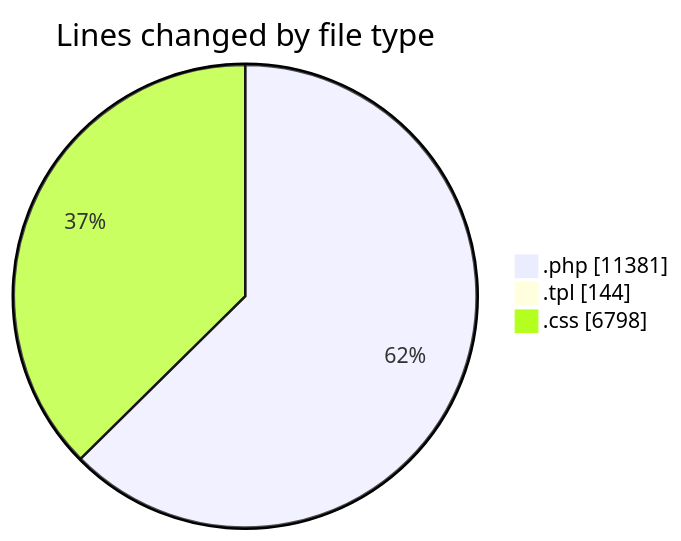
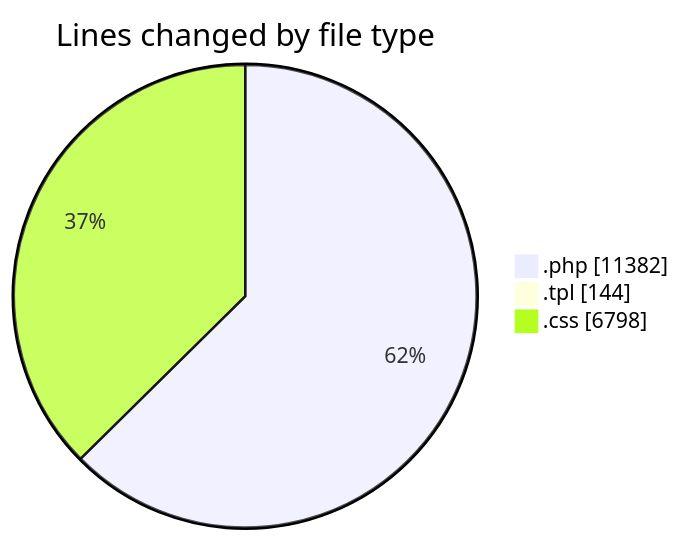
One commit to vahidmafi/code-tracking changed the first of 2 diagrams in 2025-10-04/shop/README.md. Above: the diagram before and after it, drawn with Mermaid. The commit also changed other lines of this file and 1 other file, not shown here.

````diff
--- a/2025-10-04/shop/README.md
+++ b/2025-10-04/shop/README.md
@@ -41,7 +41,7 @@
 ```mermaid
 pie showData
 title Lines changed by file type
-".php" : 11381
+".php" : 11382
 ".tpl" : 144
 ".css" : 6798
 ```
````
